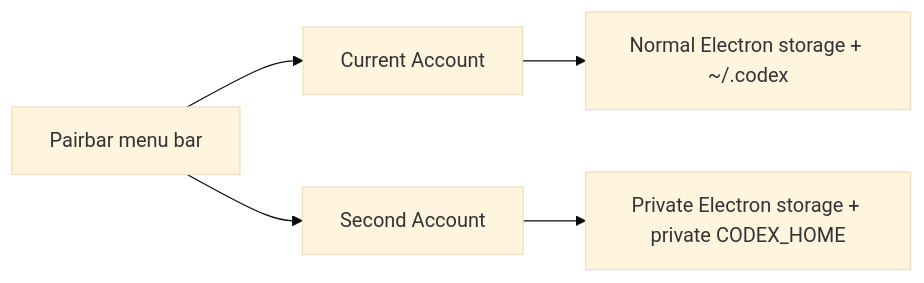
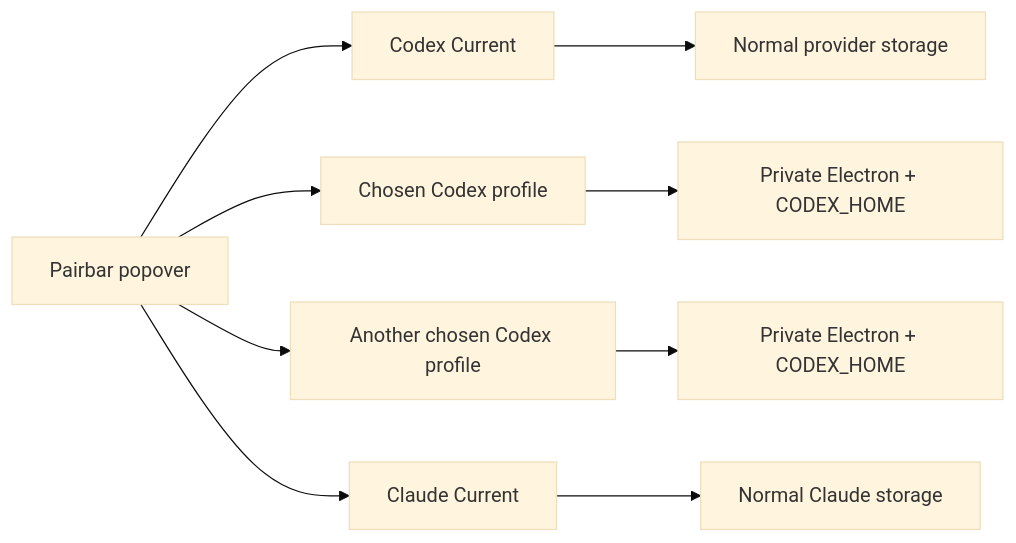
Before and after one commit to isaacstg/pairbar-codex: the diagram in README.md, drawn with Mermaid (base theme). The commit also changed other lines of this file and 38 other files, not shown here.

````diff
--- a/README.md
+++ b/README.md
@@ -65,7 +69,11 @@
 ```mermaid
 flowchart LR
-    P[Pairbar menu bar] --> C[Current Account]
-    P --> S[Second Account]
-    C --> D[Normal Electron storage + ~/.codex]
-    S --> I[Private Electron storage + private CODEX_HOME]
+    P[Pairbar popover] --> CC[Codex Current]
+    P --> C1[Chosen Codex profile]
+    P --> C2[Another chosen Codex profile]
+    P --> CL[Claude Current]
+    CC --> D[Normal provider storage]
+    CL --> D2[Normal Claude storage]
+    C1 --> I1[Private Electron + CODEX_HOME]
+    C2 --> I2[Private Electron + CODEX_HOME]
 ```
````
